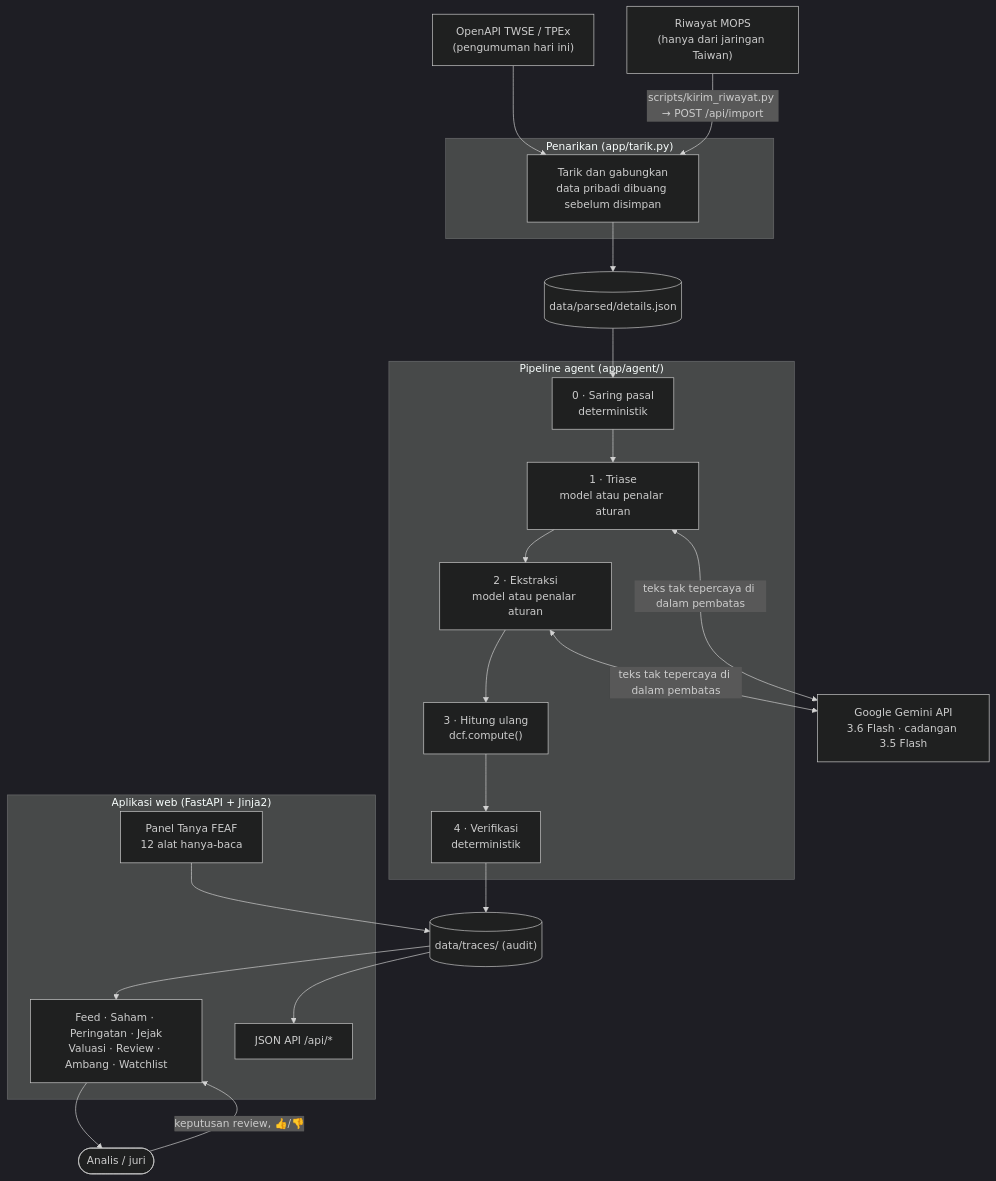
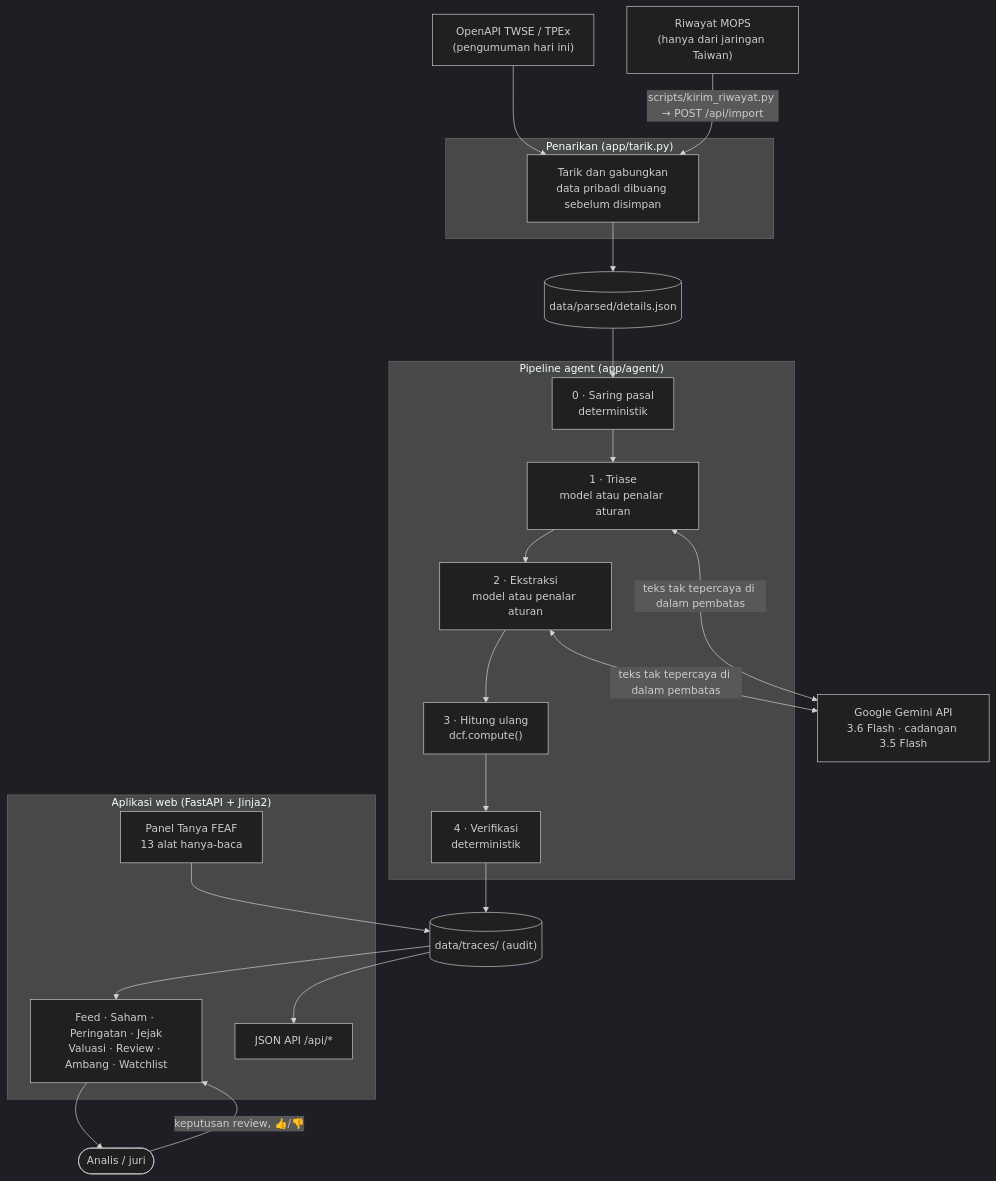
Before and after one commit to Kenfinn/feaf: the first of 3 diagrams in README.id.md, drawn with Mermaid (dark theme). The commit also changed other lines of this file and 3 other files, not shown here.

````diff
--- a/README.id.md
+++ b/README.id.md
@@ -70,35 +83,35 @@
 ```mermaid
 graph TD
     TWSE["OpenAPI TWSE / TPEx<br/>(pengumuman hari ini)"] --> Pull
     MOPS["Riwayat MOPS<br/>(hanya dari jaringan Taiwan)"] -->|scripts/kirim_riwayat.py → POST /api/import| Pull
 
     subgraph Ingest ["Penarikan (app/tarik.py)"]
         Pull["Tarik dan gabungkan<br/>data pribadi dibuang sebelum disimpan"]
     end
 
     Pull --> Store[("data/parsed/details.json")]
 
     subgraph Agent ["Pipeline agent (app/agent/)"]
         S0["0 · Saring pasal<br/>deterministik"]
         S1["1 · Triase<br/>model atau penalar aturan"]
         S2["2 · Ekstraksi<br/>model atau penalar aturan"]
         S3["3 · Hitung ulang<br/>dcf.compute()"]
         S4["4 · Verifikasi<br/>deterministik"]
         S0 --> S1 --> S2 --> S3 --> S4
     end
 
     Store --> S0
     S1 & S2 <-->|teks tak tepercaya di dalam pembatas| Gemini["Google Gemini API<br/>3.6 Flash · cadangan 3.5 Flash"]
     S4 --> Traces[("data/traces/ (audit)")]
 
     subgraph Web ["Aplikasi web (FastAPI + Jinja2)"]
         Pages["Feed · Saham · Peringatan · Jejak<br/>Valuasi · Review · Ambang · Watchlist"]
-        Chat["Panel Tanya FEAF<br/>12 alat hanya-baca"]
+        Chat["Panel Tanya FEAF<br/>13 alat hanya-baca"]
         API["JSON API /api/*"]
     end
 
     Traces --> Pages & API
     Chat --> Traces
     Pages --> User(["Analis / juri"])
     User -->|keputusan review, 👍/👎| Pages
 ```
````
